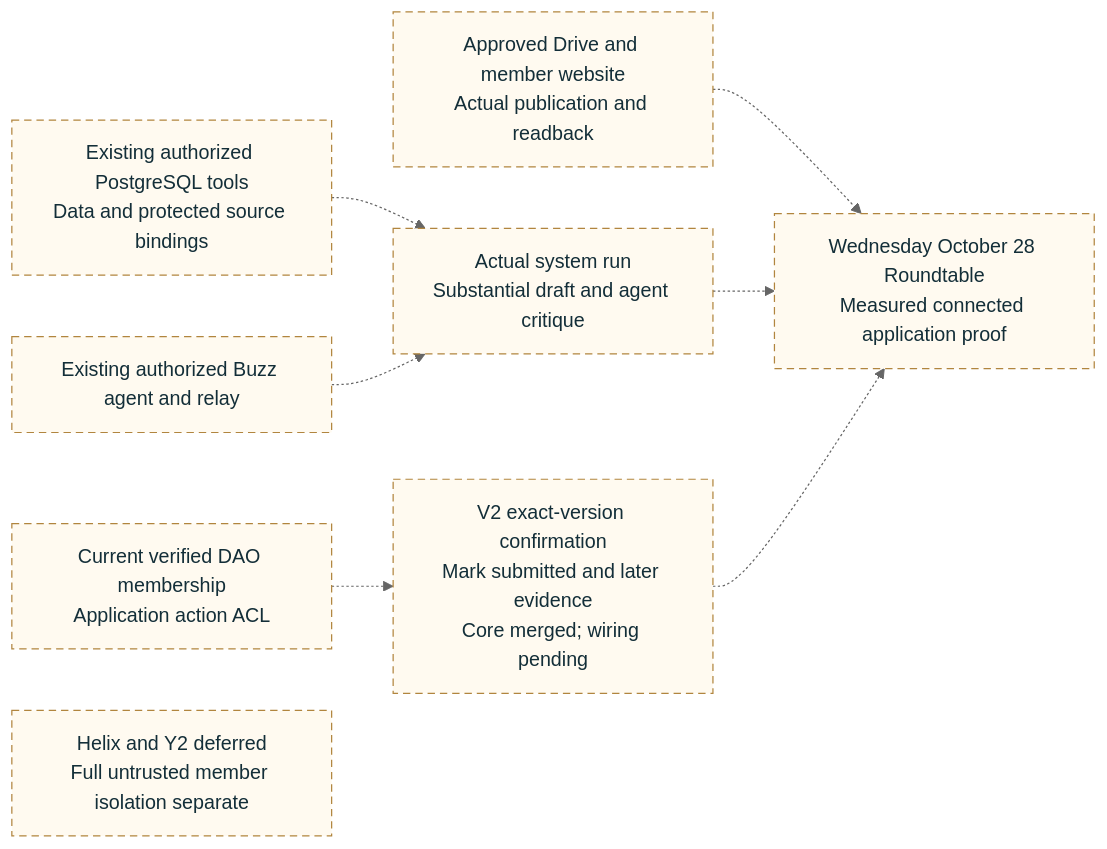
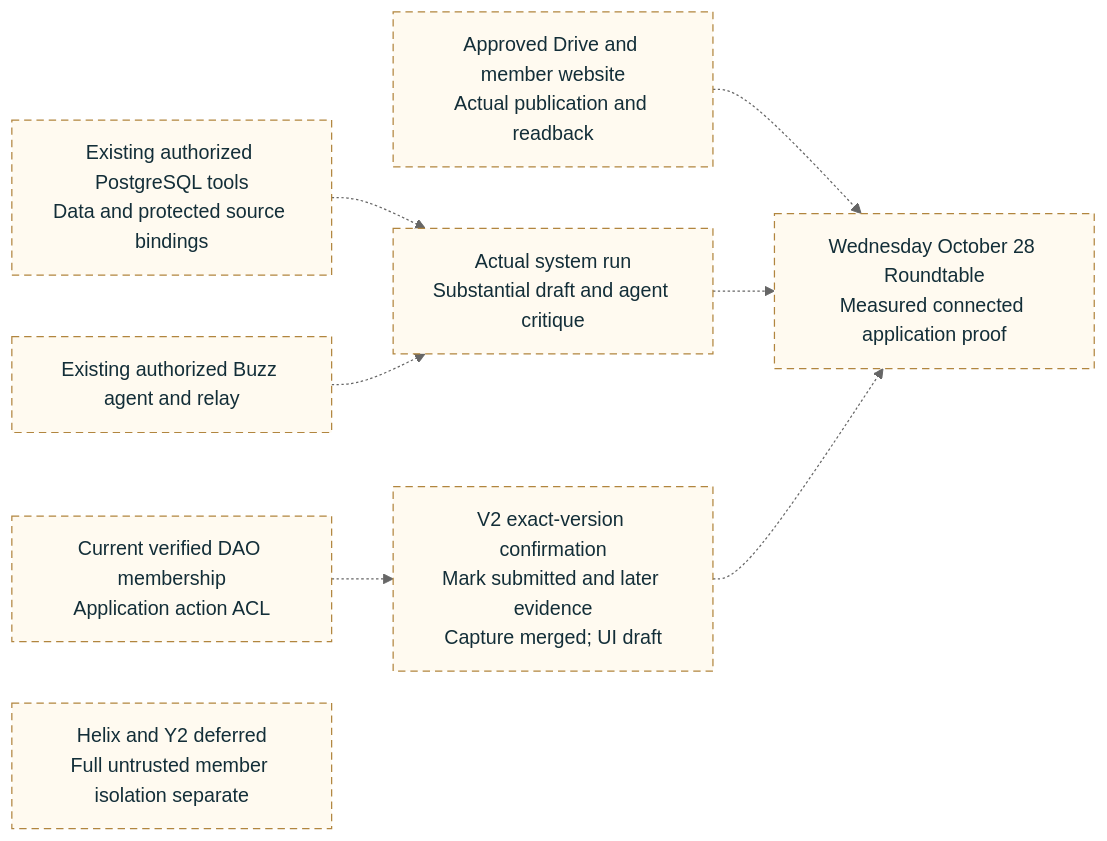
One commit to NetRxn/Inertia changed the diagram in docs/architecture/diagrams/dependency-roadmap.mmd. Above: the diagram before and after it, drawn with Mermaid (neutral theme). The commit also changed 22 other files, not shown here.

Commit message:
docs: sync prioritized roadmap and source qualification artifacts

```diff
--- a/docs/architecture/diagrams/dependency-roadmap.mmd
+++ b/docs/architecture/diagrams/dependency-roadmap.mmd
@@ -1,14 +1,14 @@
 flowchart LR
  SQL["Existing authorized PostgreSQL tools<br/>Data and protected source bindings"] -.-> RUN["Actual system run<br/>Substantial draft and agent critique"]
  B["Existing authorized Buzz agent and relay"] -.-> RUN
- ACL["Current verified DAO membership<br/>Application action ACL"] -.-> V["V2 exact-version confirmation<br/>Mark submitted and later evidence<br/>Core merged; wiring pending"]
+ ACL["Current verified DAO membership<br/>Application action ACL"] -.-> V["V2 exact-version confirmation<br/>Mark submitted and later evidence<br/>Capture merged; UI draft"]
  W["Approved Drive and member website<br/>Actual publication and readback"] -.-> DEMO["Wednesday October 28 Roundtable<br/>Measured connected application proof"]
  RUN -.-> DEMO
  V -.-> DEMO
  L["Helix and Y2 deferred<br/>Full untrusted member isolation separate"]
  class SQL,B,ACL,W,RUN,V,DEMO,L planned
 
  classDef core fill:#e7f1ee,stroke:#157d80,color:#132e38,stroke-width:2px
  classDef planned fill:#fffaf0,stroke:#b1853e,color:#132e38,stroke-dasharray:6 4
  classDef reviewed fill:#f5f0ff,stroke:#8064a2,color:#132e38
  classDef store fill:#edf2f7,stroke:#61788b,color:#132e38
```
